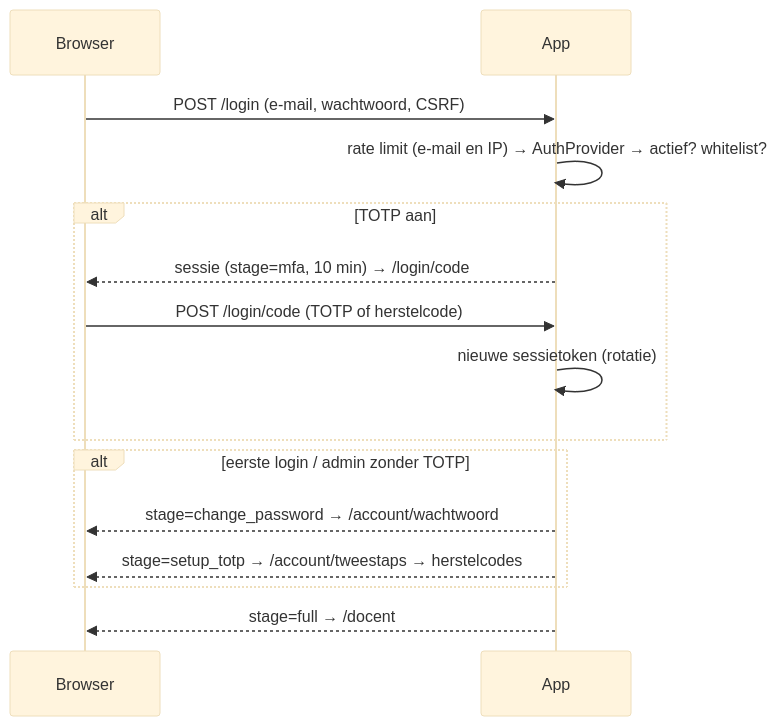
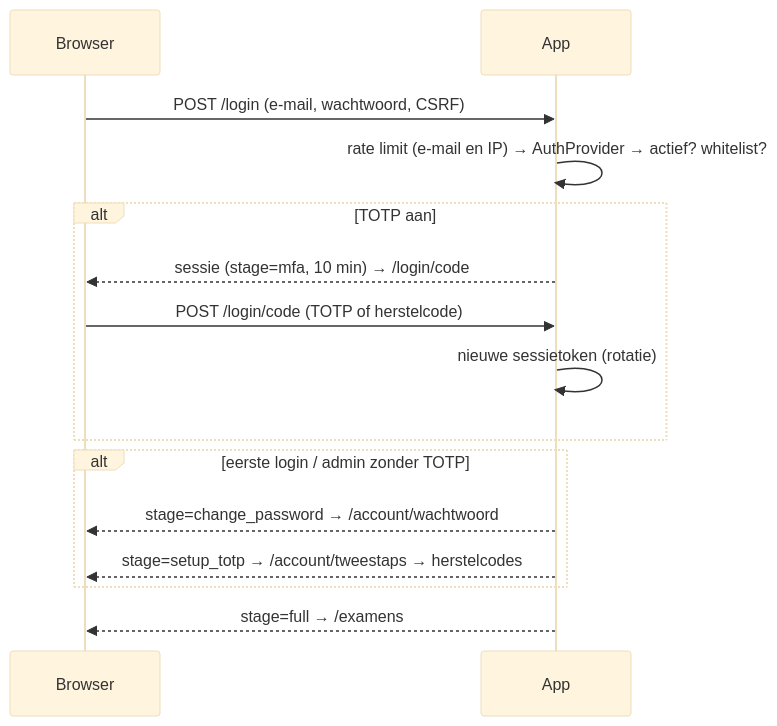
Before and after one commit to Hoite/Inleverboks: the third of 5 diagrams in docs/architectuur.md, drawn with Mermaid (base theme). The commit also changed other lines of this file and 48 other files, not shown here.

````diff
--- a/docs/architectuur.md
+++ b/docs/architectuur.md
@@ -147,17 +147,17 @@
 ```mermaid
 sequenceDiagram
   participant B as Browser
   participant A as App
   B->>A: POST /login (e-mail, wachtwoord, CSRF)
   A->>A: rate limit (e-mail en IP) → AuthProvider → actief? whitelist?
   alt TOTP aan
     A-->>B: sessie (stage=mfa, 10 min) → /login/code
     B->>A: POST /login/code (TOTP of herstelcode)
     A->>A: nieuwe sessietoken (rotatie)
   end
   alt eerste login / admin zonder TOTP
     A-->>B: stage=change_password → /account/wachtwoord
     A-->>B: stage=setup_totp → /account/tweestaps → herstelcodes
   end
-  A-->>B: stage=full → /docent
+  A-->>B: stage=full → /examens
 ```
````
